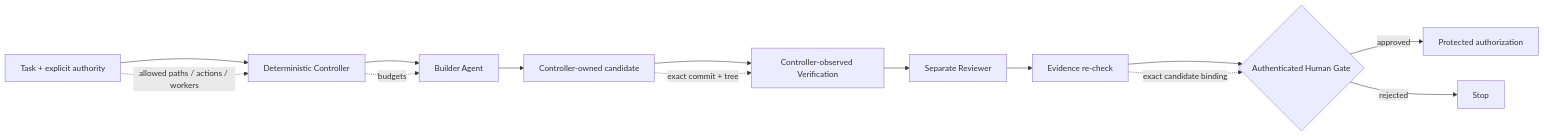
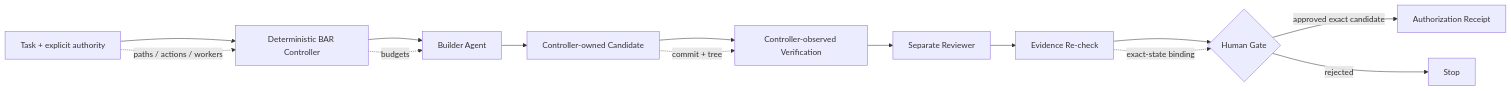
One commit to steerion-labs/bounded-agent-runtime changed the diagram in README.md. Above: the diagram before and after it, drawn with Mermaid. The commit also changed other lines of this file and 18 other files, not shown here.

````diff
--- a/README.md
+++ b/README.md
@@ -75,17 +129,17 @@
 ```mermaid
 flowchart LR
-    T[Task + explicit authority] --> C[Deterministic Controller]
+    T[Task + explicit authority] --> C[Deterministic BAR Controller]
     C --> B[Builder Agent]
-    B --> G[Controller-owned candidate]
+    B --> G[Controller-owned Candidate]
     G --> V[Controller-observed Verification]
     V --> R[Separate Reviewer]
-    R --> E[Evidence re-check]
-    E --> H{Authenticated Human Gate}
-    H -->|approved| A[Protected authorization]
+    R --> E[Evidence Re-check]
+    E --> H{Human Gate}
+    H -->|approved exact candidate| A[Authorization Receipt]
     H -->|rejected| X[Stop]
 
-    T -. allowed paths / actions / workers .-> C
+    T -. paths / actions / workers .-> C
     C -. budgets .-> B
-    G -. exact commit + tree .-> V
-    E -. exact candidate binding .-> H
+    G -. commit + tree .-> V
+    E -. exact-state binding .-> H
 ```
````
